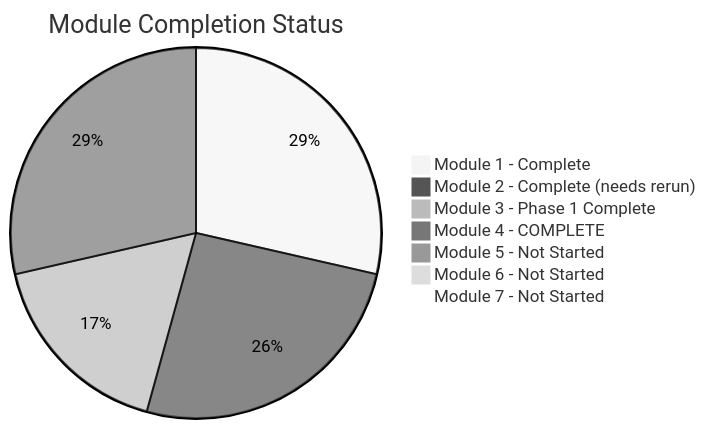
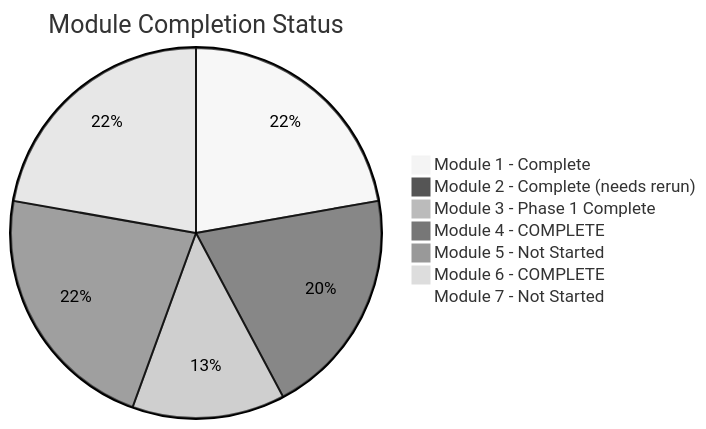
The second of 3 diagrams in docs/progress.md (moinhs1/extracting-features), drawn with Mermaid (neutral theme) before and after one commit. The commit also changed other lines of this file and 2 other files, not shown here.

First line of the commit message:
docs: update documentation with Module 6 completion

````diff
--- a/docs/progress.md
+++ b/docs/progress.md
@@ -55,10 +63,10 @@
 ```mermaid
 pie title Module Completion Status
     "Module 1 - Complete" : 100
     "Module 2 - Complete (needs rerun)" : 90
     "Module 3 - Phase 1 Complete" : 60
     "Module 4 - COMPLETE" : 100
     "Module 5 - Not Started" : 0
-    "Module 6 - Not Started" : 0
+    "Module 6 - COMPLETE" : 100
     "Module 7 - Not Started" : 0
 ```
````
